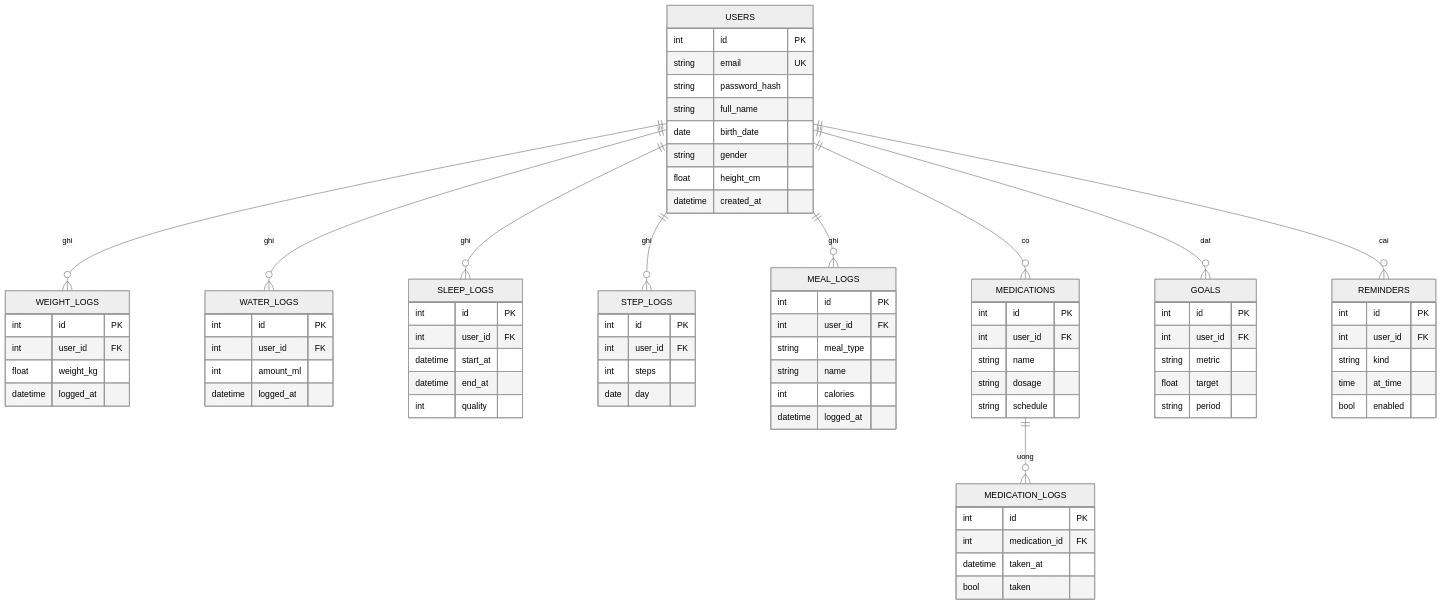
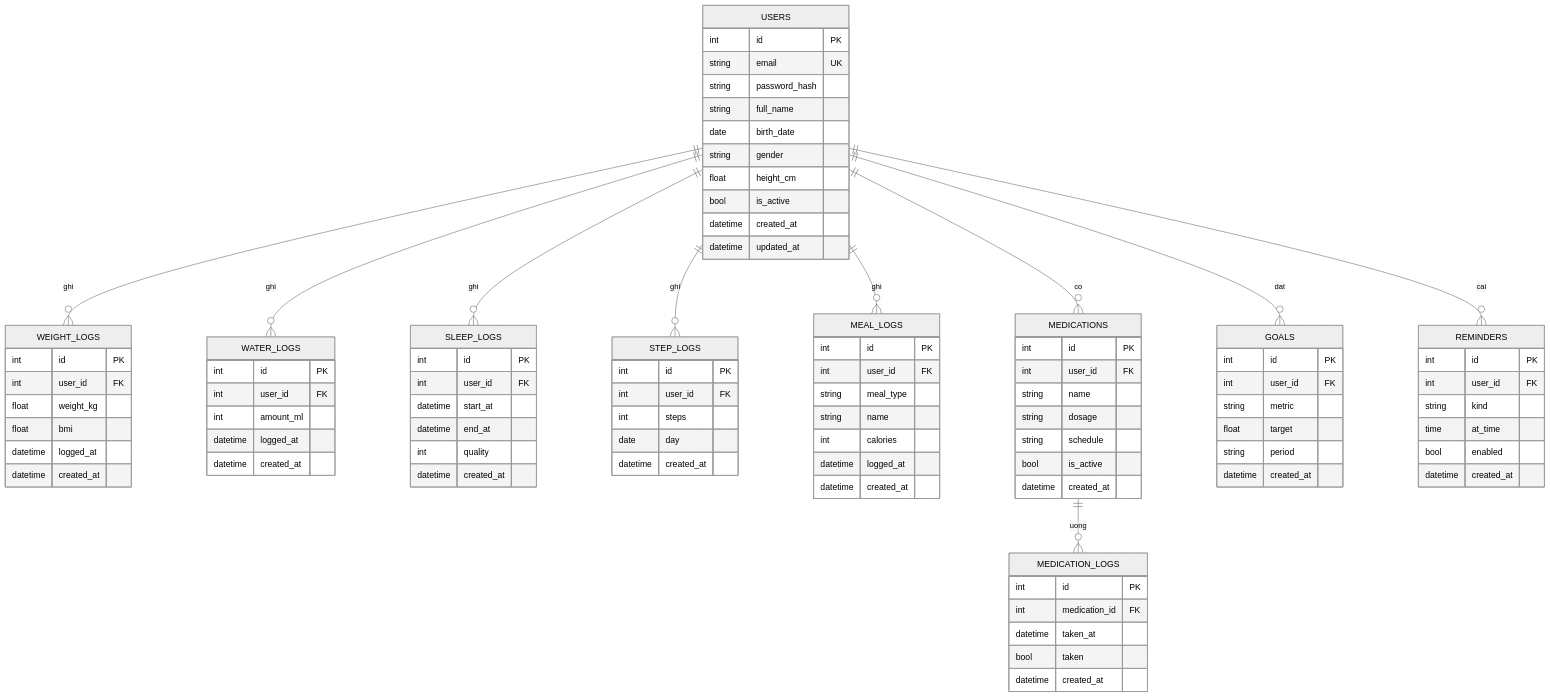
Before and after one commit to duydat555/healthtrack: the diagram in docs/03-co-so-du-lieu-erd.md, drawn with Mermaid (neutral theme). The commit also changed other lines of this file, not shown here.

Commit message:
docs: hoàn thiện ERD cho users, bảng chỉ số, goals, reminders

````diff
--- a/docs/03-co-so-du-lieu-erd.md
+++ b/docs/03-co-so-du-lieu-erd.md
@@ -5,31 +5,33 @@
 ```mermaid
 erDiagram
     USERS ||--o{ WEIGHT_LOGS : ghi
     USERS ||--o{ WATER_LOGS : ghi
     USERS ||--o{ SLEEP_LOGS : ghi
     USERS ||--o{ STEP_LOGS : ghi
     USERS ||--o{ MEAL_LOGS : ghi
     USERS ||--o{ MEDICATIONS : co
     MEDICATIONS ||--o{ MEDICATION_LOGS : uong
     USERS ||--o{ GOALS : dat
     USERS ||--o{ REMINDERS : cai
     USERS {
         int id PK
         string email UK
         string password_hash
         string full_name
         date birth_date
         string gender
         float height_cm
+        bool is_active
         datetime created_at
+        datetime updated_at
     }
-    WEIGHT_LOGS { int id PK  int user_id FK  float weight_kg  datetime logged_at }
-    WATER_LOGS { int id PK  int user_id FK  int amount_ml  datetime logged_at }
-    SLEEP_LOGS { int id PK  int user_id FK  datetime start_at  datetime end_at  int quality }
-    STEP_LOGS { int id PK  int user_id FK  int steps  date day }
-    MEAL_LOGS { int id PK  int user_id FK  string meal_type  string name  int calories  datetime logged_at }
-    MEDICATIONS { int id PK  int user_id FK  string name  string dosage  string schedule }
-    MEDICATION_LOGS { int id PK  int medication_id FK  datetime taken_at  bool taken }
-    GOALS { int id PK  int user_id FK  string metric  float target  string period }
-    REMINDERS { int id PK  int user_id FK  string kind  time at_time  bool enabled }
+    WEIGHT_LOGS { int id PK  int user_id FK  float weight_kg  float bmi  datetime logged_at  datetime created_at }
+    WATER_LOGS { int id PK  int user_id FK  int amount_ml  datetime logged_at  datetime created_at }
+    SLEEP_LOGS { int id PK  int user_id FK  datetime start_at  datetime end_at  int quality  datetime created_at }
+    STEP_LOGS { int id PK  int user_id FK  int steps  date day  datetime created_at }
+    MEAL_LOGS { int id PK  int user_id FK  string meal_type  string name  int calories  datetime logged_at  datetime created_at }
+    MEDICATIONS { int id PK  int user_id FK  string name  string dosage  string schedule  bool is_active  datetime created_at }
+    MEDICATION_LOGS { int id PK  int medication_id FK  datetime taken_at  bool taken  datetime created_at }
+    GOALS { int id PK  int user_id FK  string metric  float target  string period  datetime created_at }
+    REMINDERS { int id PK  int user_id FK  string kind  time at_time  bool enabled  datetime created_at }
 ```
````
